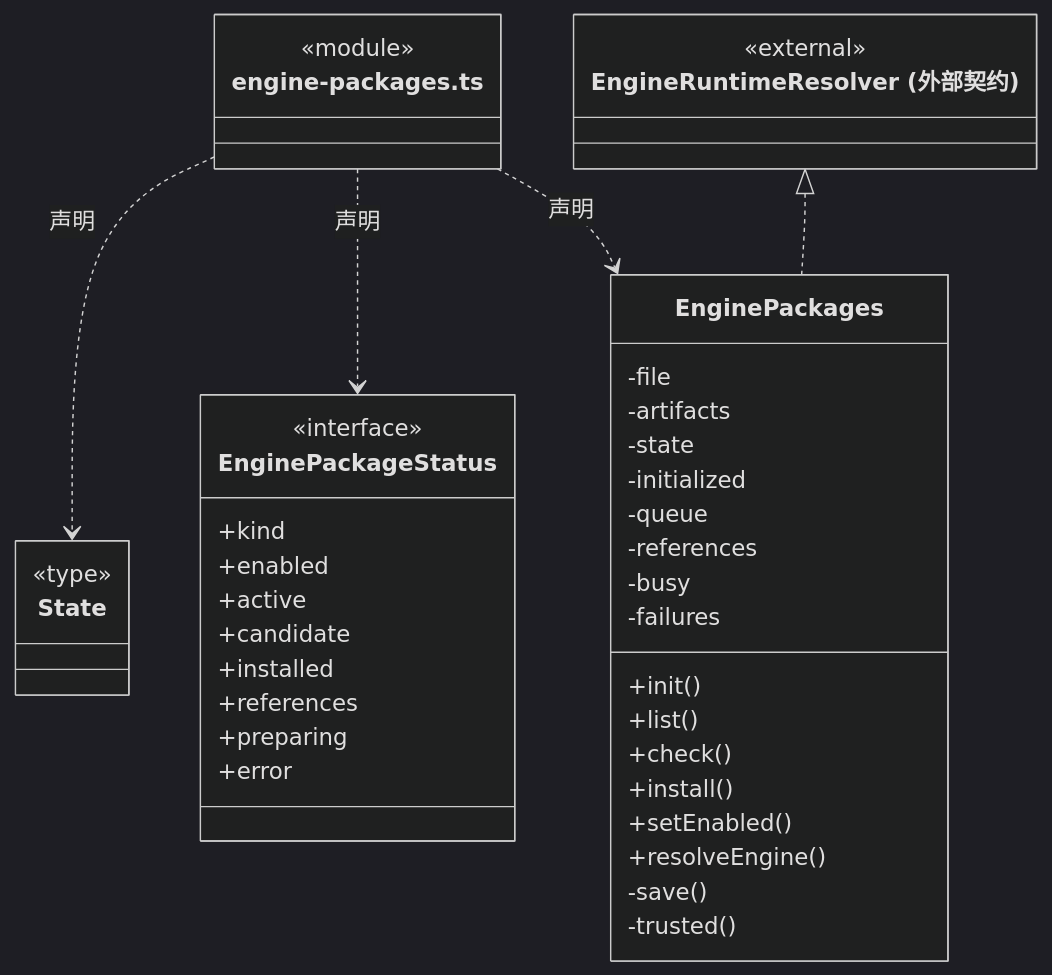
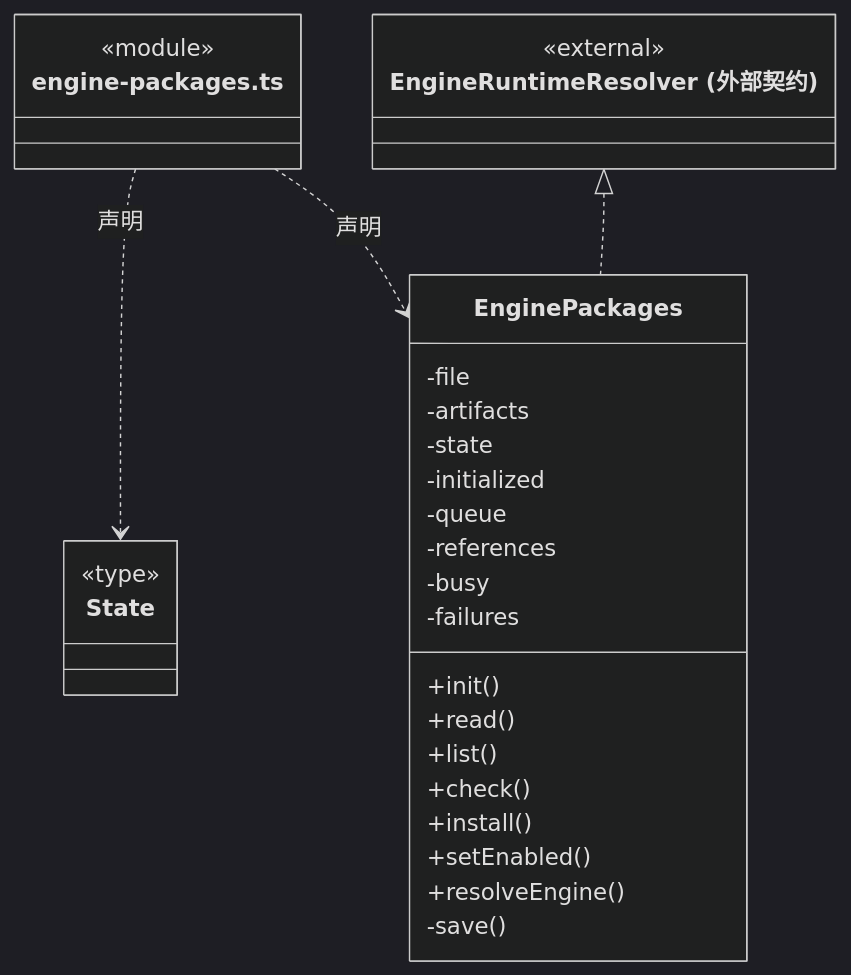
The first of 4 diagrams in src/logic/engines/packages/ARCHITECTURE.md (nan023062/cbim), drawn with Mermaid (dark theme) before and after one commit. The commit also changed other lines of this file and 27 other files, not shown here.

Commit message:
feat(settings): expose official engine capabilities and package actions

````diff
--- a/src/logic/engines/packages/ARCHITECTURE.md
+++ b/src/logic/engines/packages/ARCHITECTURE.md
@@ -22,46 +22,34 @@
 ```mermaid
 classDiagram
 class N_src_logic_engines_packages_engine_packages_ts["engine-packages.ts"] {
   <<module>>
 }
 class N_src_logic_engines_packages_engine_packages_ts_State["State"] {
   <<type>>
 
 }
 N_src_logic_engines_packages_engine_packages_ts ..> N_src_logic_engines_packages_engine_packages_ts_State : 声明
-class N_src_logic_engines_packages_engine_packages_ts_EnginePackageStatus["EnginePackageStatus"] {
-  <<interface>>
-  +kind
-  +enabled
-  +active
-  +candidate
-  +installed
-  +references
-  +preparing
-  +error
-}
-N_src_logic_engines_packages_engine_packages_ts ..> N_src_logic_engines_packages_engine_packages_ts_EnginePackageStatus : 声明
 class N_src_logic_engines_packages_engine_packages_ts_EnginePackages["EnginePackages"] {
   +init()
+  +read()
   +list()
   +check()
   +install()
   +setEnabled()
   +resolveEngine()
   -file
   -artifacts
   -state
   -initialized
   -queue
   -references
   -busy
   -failures
   -save()
-  -trusted()
 }
 N_src_logic_engines_packages_engine_packages_ts ..> N_src_logic_engines_packages_engine_packages_ts_EnginePackages : 声明
 class N_src_logic_engines_packages_engine_packages_ts_external_EngineRuntimeResolver["EngineRuntimeResolver (外部契约)"] {
   <<external>>
 }
 N_src_logic_engines_packages_engine_packages_ts_external_EngineRuntimeResolver <|.. N_src_logic_engines_packages_engine_packages_ts_EnginePackages
 ```
````
